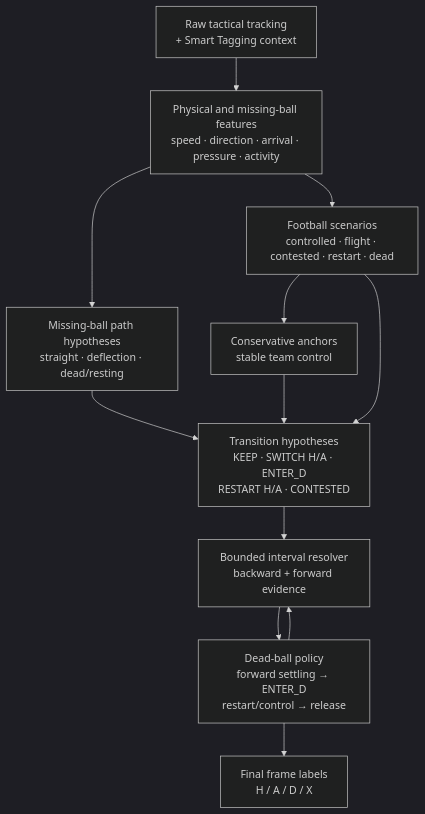
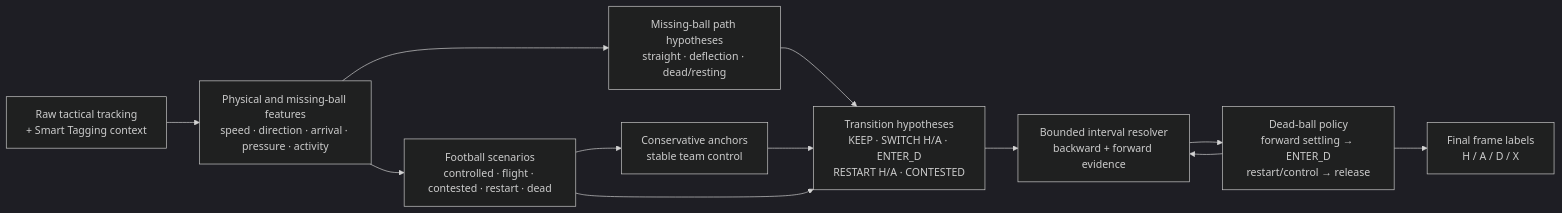
Before and after one commit to lukeaquilla11/Barcelona-hackathon: the diagram in ORGANISER_REPORT.md, drawn with Mermaid (dark theme). The commit also changed 4 other files, not shown here.

Commit message:
Orient report flowchart and neutralize appendix names

````diff
--- a/ORGANISER_REPORT.md
+++ b/ORGANISER_REPORT.md
@@ -153,24 +153,24 @@
 ```mermaid
-flowchart TD
+flowchart LR
     R[Raw tactical tracking<br/>+ Smart Tagging context]
     F[Physical and missing-ball features<br/>speed · direction · arrival · pressure · activity]
     S[Football scenarios<br/>controlled · flight · contested · restart · dead]
     A[Conservative anchors<br/>stable team control]
     P[Missing-ball path hypotheses<br/>straight · deflection · dead/resting]
     T[Transition hypotheses<br/>KEEP · SWITCH H/A · ENTER_D<br/>RESTART H/A · CONTESTED]
     Q[Bounded interval resolver<br/>backward + forward evidence]
     D[Dead-ball policy<br/>forward settling → ENTER_D<br/>restart/control → release]
     O[Final frame labels<br/>H / A / D / X]
 
     R --> F
     F --> S
     F --> P
     S --> A
     P --> T
     A --> T
     S --> T
     T --> Q
     D --> Q
     Q --> D
     D --> O
 ```
````
